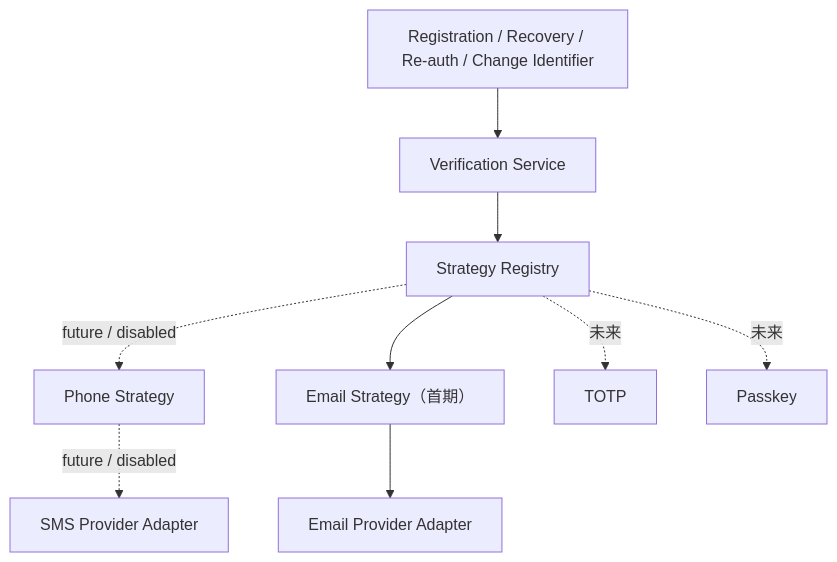
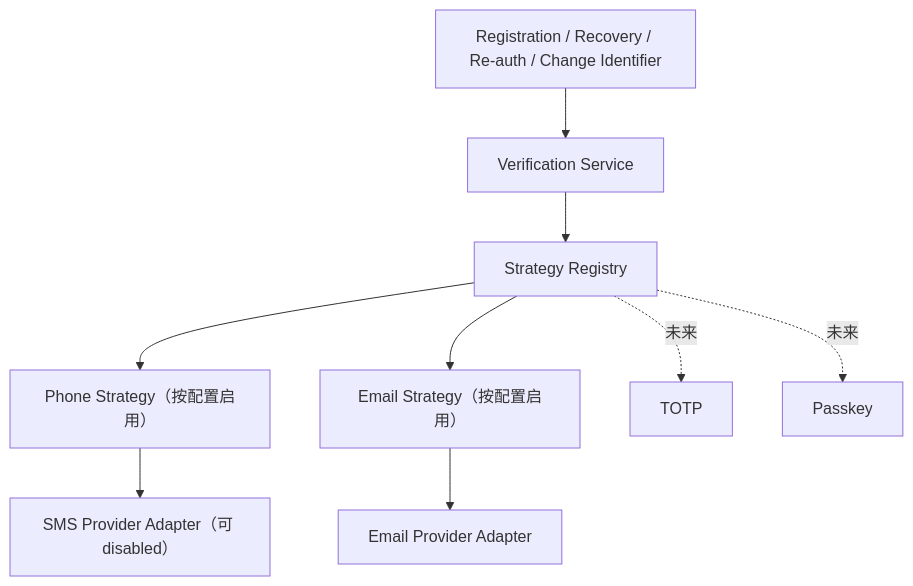
The first of 2 diagrams in docs/system-design/01-账户与身份/05-验证方式与安全策略.md (sxyq/mastergoods), drawn with Mermaid before and after one commit. The commit also changed other lines of this file and 3 other files, not shown here.

````diff
--- a/docs/system-design/01-账户与身份/05-验证方式与安全策略.md
+++ b/docs/system-design/01-账户与身份/05-验证方式与安全策略.md
@@ -26,14 +26,14 @@
 ```mermaid
 flowchart TD
     APP[Registration / Recovery / Re-auth / Change Identifier]
     APP --> SERVICE[Verification Service]
     SERVICE --> REG[Strategy Registry]
 
-    REG -. future / disabled .-> PHONE[Phone Strategy]
-    REG --> EMAIL[Email Strategy（首期）]
+    REG --> PHONE[Phone Strategy（按配置启用）]
+    REG --> EMAIL[Email Strategy（按配置启用）]
     REG -.未来.-> TOTP[TOTP]
     REG -.未来.-> PASSKEY[Passkey]
 
-    PHONE -. future / disabled .-> SMS[SMS Provider Adapter]
+    PHONE --> SMS[SMS Provider Adapter（可 disabled）]
     EMAIL --> MAIL[Email Provider Adapter]
 ```
````
